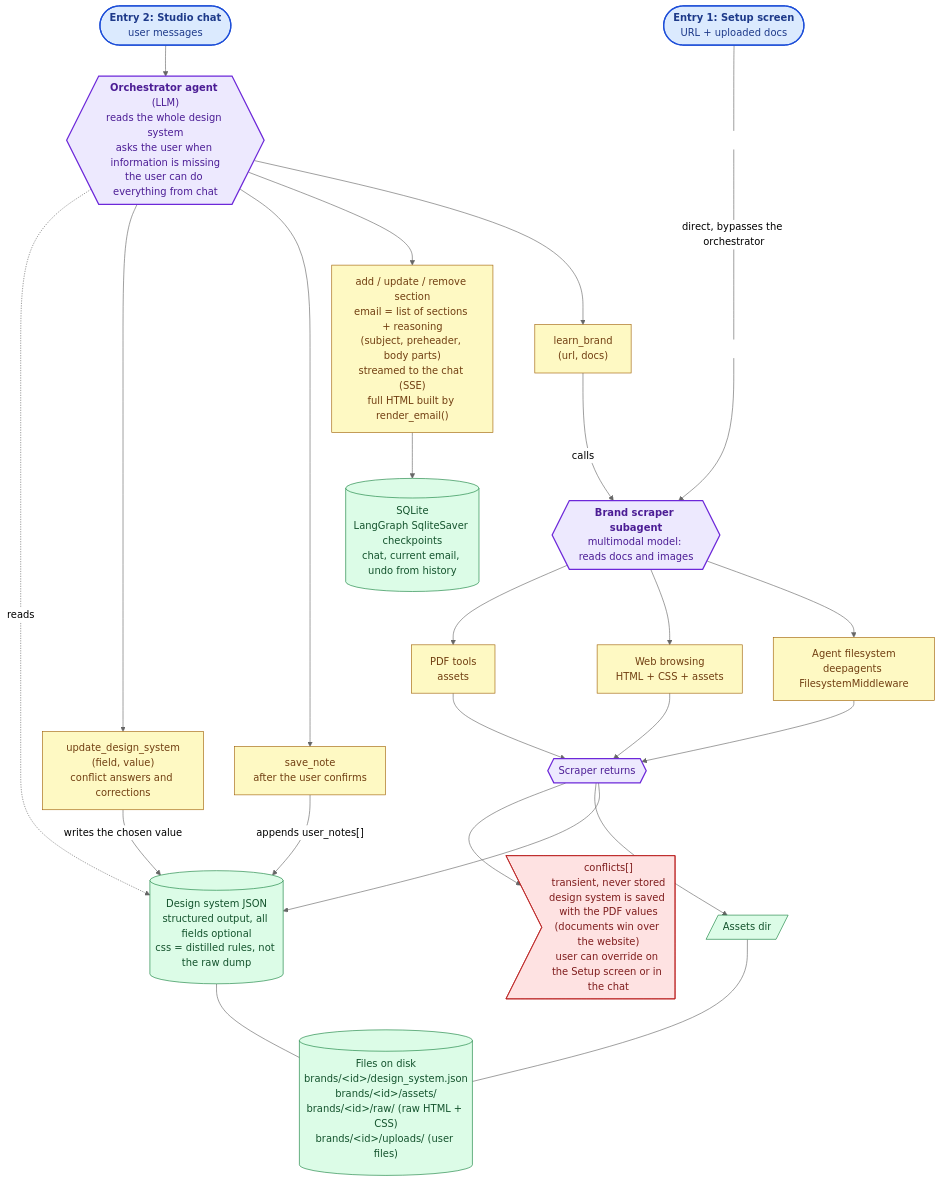
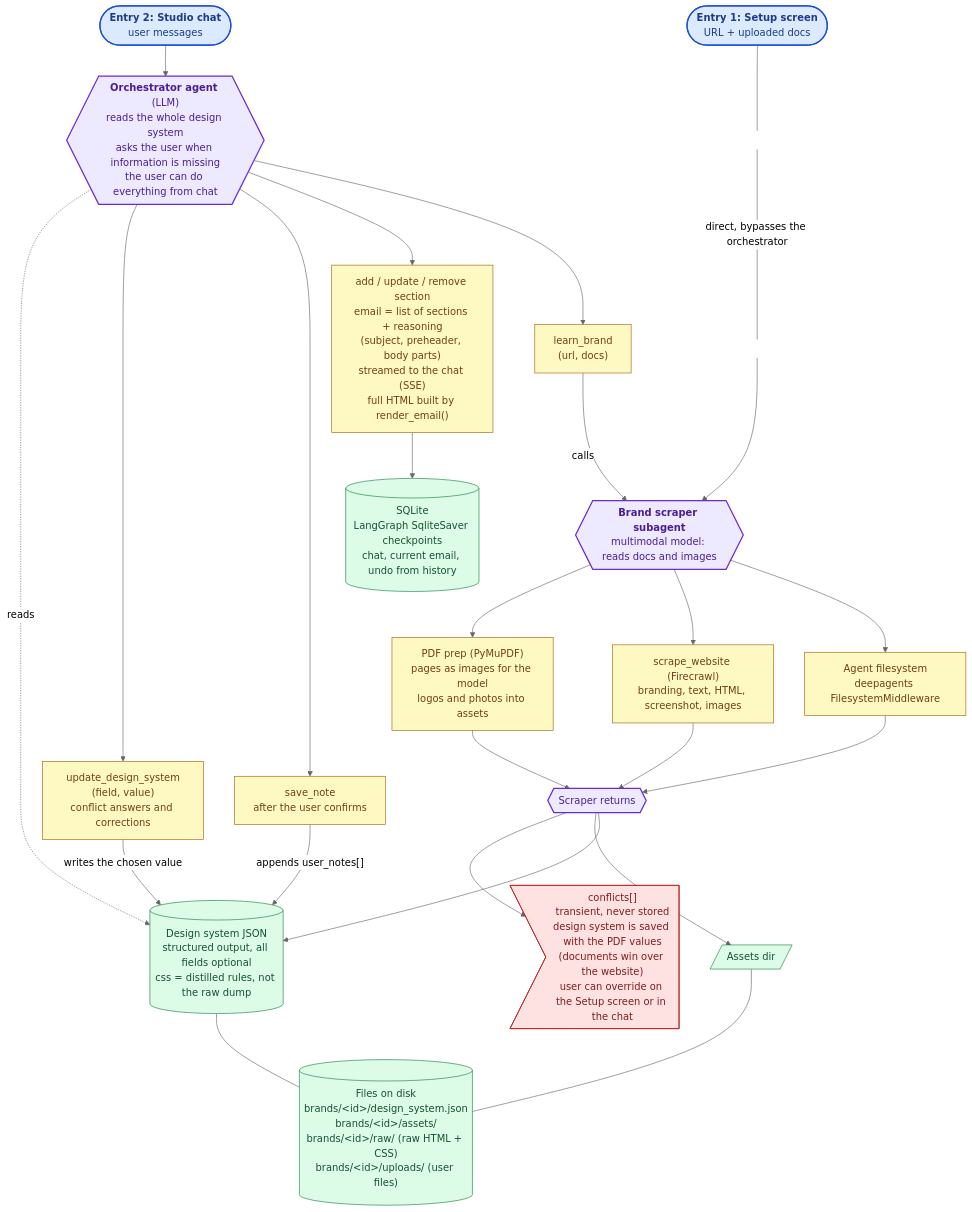
Before and after one commit to fed3c3sa/textyess-email-agent: the diagram in README.md, drawn with Mermaid (neutral theme). The commit also changed other lines of this file, not shown here.

Commit message:
update README to clarify web scraping and PDF preparation processes

````diff
--- a/README.md
+++ b/README.md
@@ -8,69 +8,69 @@
 ```mermaid
 flowchart TB
     SETUPUI(["<b>Entry 1: Setup screen</b><br/>URL + uploaded docs"])
     CHAT(["<b>Entry 2: Studio chat</b><br/>user messages"])
 
     SCRAPER{{"<b>Brand scraper subagent</b><br/>multimodal model: reads docs and images"}}
     ORCH{{"<b>Orchestrator agent</b> (LLM)<br/>reads the whole design system<br/>asks the user when information is missing<br/>the user can do everything from chat"}}
 
     FSMW["Agent filesystem<br/>deepagents FilesystemMiddleware"]
-    WEB["Web browsing<br/>HTML + CSS + assets"]
-    PDF["PDF tools<br/>assets"]
+    WEB["scrape_website (Firecrawl)<br/>branding, text, HTML, screenshot, images"]
+    PDF["PDF prep (PyMuPDF)<br/>pages as images for the model<br/>logos and photos into assets"]
 
     LEARN["learn_brand<br/>(url, docs)"]
     SECT["add / update / remove section<br/>email = list of sections + reasoning<br/>(subject, preheader, body parts)<br/>streamed to the chat (SSE)<br/>full HTML built by render_email()"]
     NOTE["save_note<br/>after the user confirms"]
     UPDATE["update_design_system<br/>(field, value)<br/>conflict answers and corrections"]
 
     RET{{"Scraper returns"}}
     DS[("Design system JSON<br/>structured output, all fields optional<br/>css = distilled rules, not the raw dump")]
     ASSETS[/"Assets dir"/]
     CONF>"conflicts[]<br/>transient, never stored<br/>design system is saved with the PDF values<br/>(documents win over the website)<br/>user can override on the Setup screen or in the chat"]
 
     STORE[("SQLite<br/>LangGraph SqliteSaver checkpoints<br/>chat, current email, undo from history")]
     FILES[("Files on disk<br/>brands/&lt;id&gt;/design_system.json<br/>brands/&lt;id&gt;/assets/<br/>brands/&lt;id&gt;/raw/ (raw HTML + CSS)<br/>brands/&lt;id&gt;/uploads/ (user files)")]
 
     SP1[" "]
     SP2[" "]
     SETUPUI --- SP1
     SP1 -- "direct, bypasses the orchestrator" --- SP2
     SP2 --> SCRAPER
     CHAT --> ORCH
 
     ORCH --> LEARN
     ORCH --> SECT
     ORCH --> NOTE
     ORCH --> UPDATE
     LEARN -- "calls" --> SCRAPER
 
     SCRAPER --> FSMW
     SCRAPER --> WEB
     SCRAPER --> PDF
     FSMW --> RET
     WEB --> RET
     PDF --> RET
 
     RET --> DS
     RET --> ASSETS
     RET --> CONF
 
     NOTE -- "appends user_notes[]" --> DS
     UPDATE -- "writes the chosen value" --> DS
     ORCH -. "reads" .-> DS
     SECT --> STORE
     DS --- FILES
     ASSETS --- FILES
 
     classDef hidden fill:none,stroke:none,color:none
     classDef entry fill:#dbeafe,stroke:#1d4ed8,stroke-width:2px,color:#1e3a8a
     classDef agent fill:#ede9fe,stroke:#6d28d9,stroke-width:2px,color:#4c1d95
     classDef tool fill:#fef9c3,stroke:#a16207,color:#713f12
     classDef data fill:#dcfce7,stroke:#15803d,color:#14532d
     classDef warn fill:#fee2e2,stroke:#b91c1c,color:#7f1d1d
     class SETUPUI,CHAT entry
     class ORCH,SCRAPER,RET agent
     class LEARN,SECT,NOTE,UPDATE,FSMW,WEB,PDF tool
     class DS,ASSETS,STORE,FILES data
     class CONF warn
     class SP1,SP2 hidden
 ```
````
